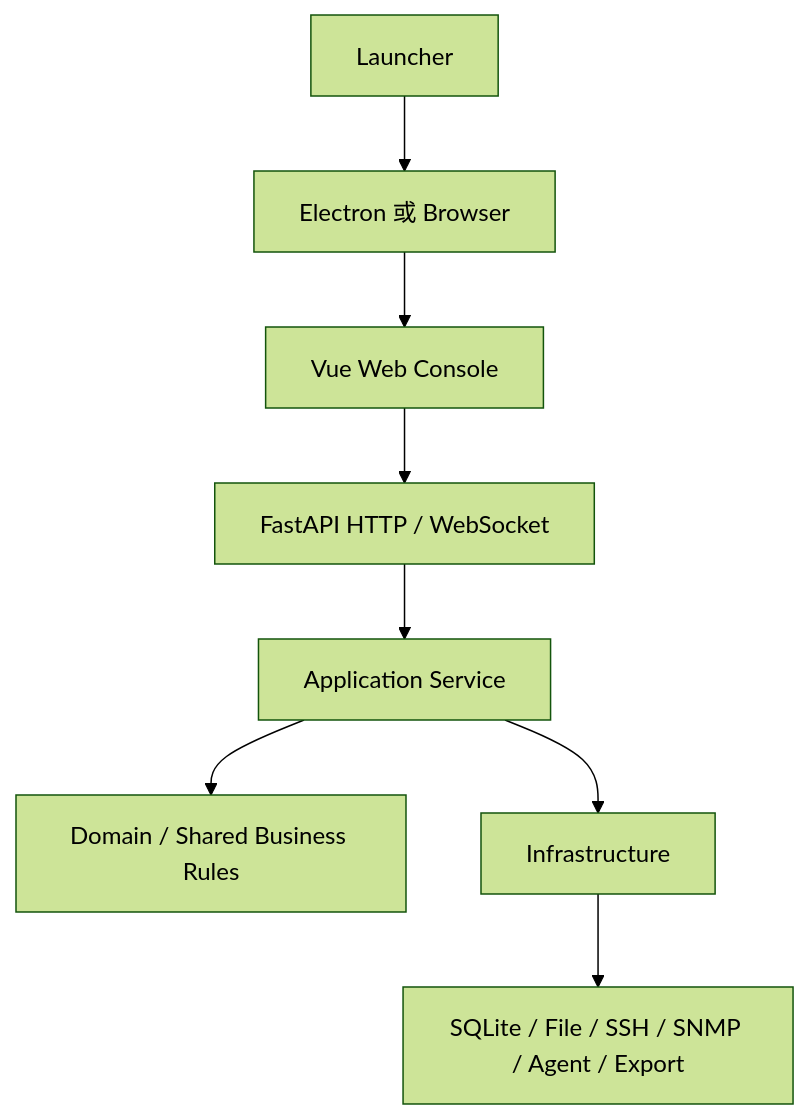
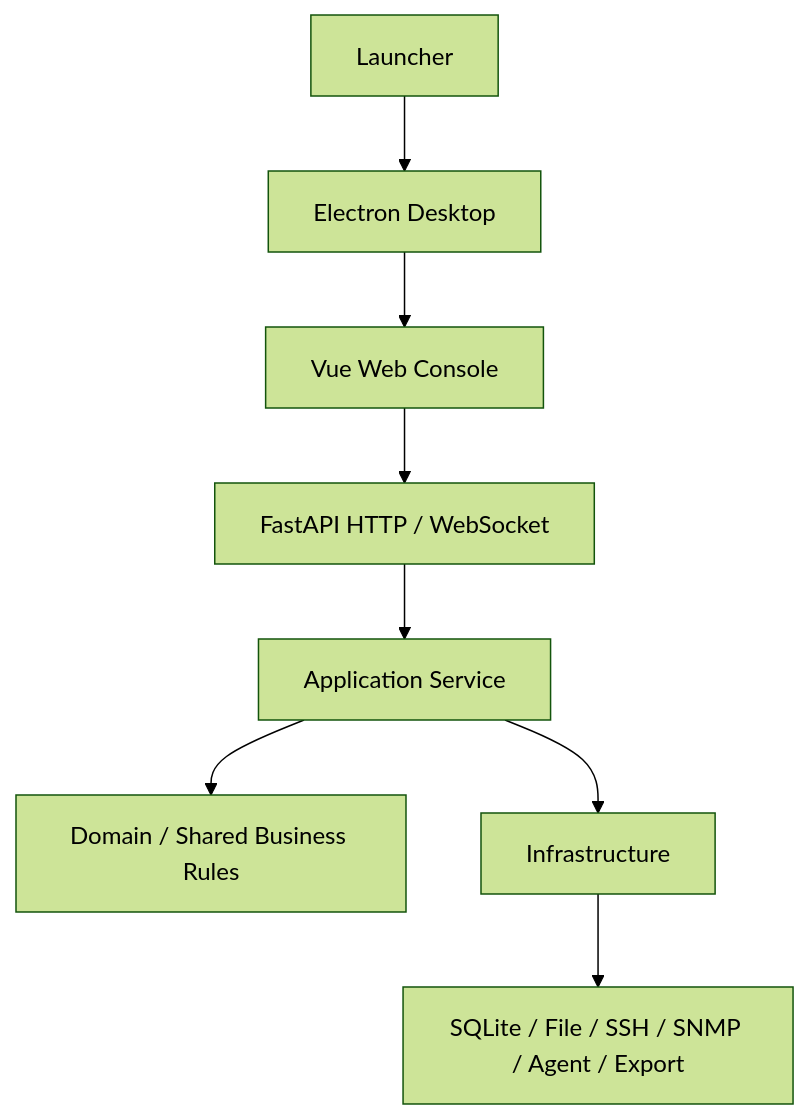
The diagram in docs/ARCHITECTURE_NEXT.md (wxj183589/NetConsole), drawn with Mermaid (forest theme) before and after one commit. The commit also changed other lines of this file and 12 other files, not shown here.

Commit message:
docs(architecture): 固定 Electron 单一桌面产品与对等标准

````diff
--- a/docs/ARCHITECTURE_NEXT.md
+++ b/docs/ARCHITECTURE_NEXT.md
@@ -39,10 +39,10 @@
 ```mermaid
 flowchart TD
-    L["Launcher"] --> E["Electron 或 Browser"]
+    L["Launcher"] --> E["Electron Desktop"]
     E --> V["Vue Web Console"]
     V --> A["FastAPI HTTP / WebSocket"]
     A --> S["Application Service"]
     S --> D["Domain / Shared Business Rules"]
     S --> I["Infrastructure"]
     I --> DB["SQLite / File / SSH / SNMP / Agent / Export"]
 ```
````
